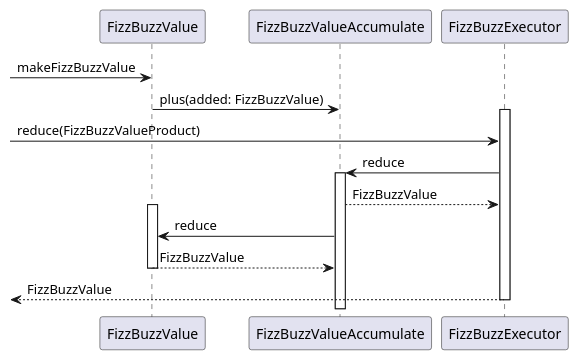
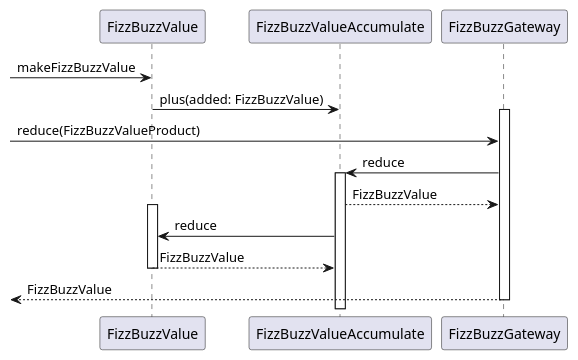
The eighth of 8 diagrams in docs/src/fizzbuzz.md (k2works/etude_for_java), drawn with PlantUML before and after one commit. The commit also changed other lines of this file and 12 other files, not shown here.

First line of the commit message:
FizzBuzz #EFJ-8

````diff
--- a/docs/src/fizzbuzz.md
+++ b/docs/src/fizzbuzz.md
@@ -171,18 +171,18 @@
 ```puml
 @startuml
    -> FizzBuzzValue :makeFizzBuzzValue
    FizzBuzzValue -> FizzBuzzValueAccumulate :plus(added: FizzBuzzValue)
-   activate FizzBuzzExecutor
-   -> FizzBuzzExecutor :reduce(FizzBuzzValueProduct)
-      FizzBuzzExecutor -> FizzBuzzValueAccumulate :reduce
+   activate FizzBuzzGateway
+   -> FizzBuzzGateway :reduce(FizzBuzzValueProduct)
+      FizzBuzzGateway -> FizzBuzzValueAccumulate :reduce
       activate FizzBuzzValueAccumulate
-        FizzBuzzExecutor <-- FizzBuzzValueAccumulate :FizzBuzzValue
+        FizzBuzzGateway <-- FizzBuzzValueAccumulate :FizzBuzzValue
           activate FizzBuzzValue
             FizzBuzzValueAccumulate -> FizzBuzzValue :reduce
             FizzBuzzValue --> FizzBuzzValueAccumulate :FizzBuzzValue
           deactivate FizzBuzzValue
       deactivate FizzBuzzValue
-   <-- FizzBuzzExecutor :FizzBuzzValue
-   deactivate FizzBuzzExecutor
+   <-- FizzBuzzGateway :FizzBuzzValue
+   deactivate FizzBuzzGateway
 @enduml
 ```
````
